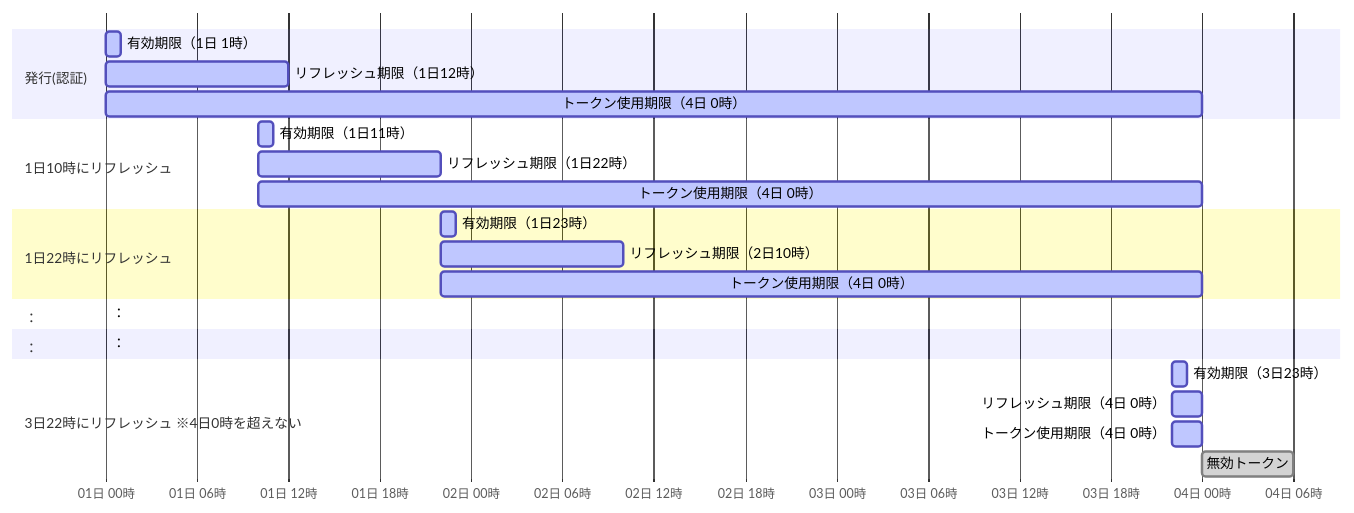
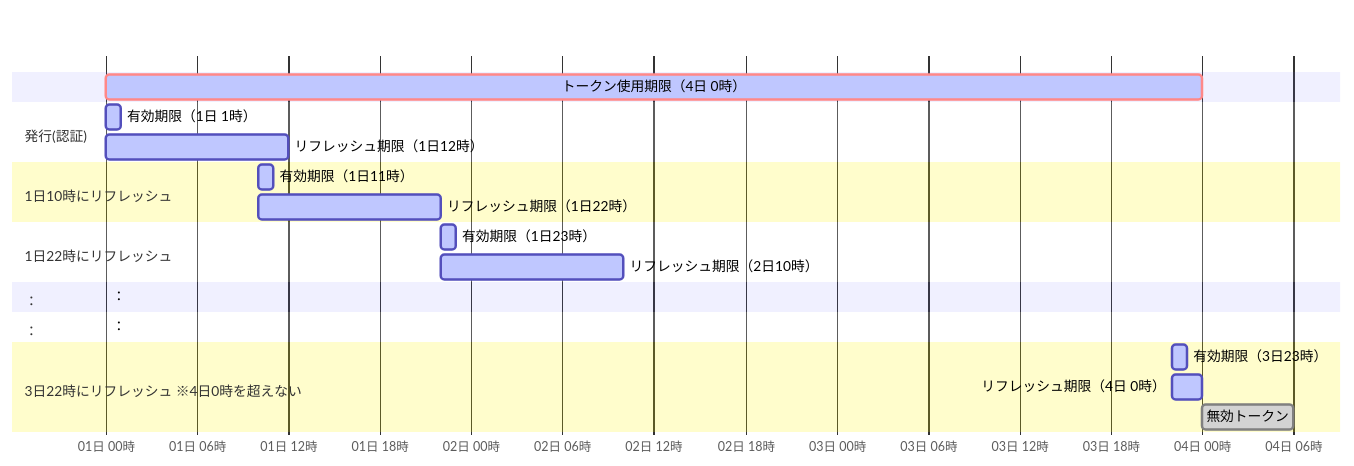
The fourth of 4 diagrams in authentication-manager/docs/authentication_API_specification.md (project-tsurugi/metadata-manager), drawn with Mermaid before and after one commit. The commit also changed other lines of this file, not shown here.

````diff
--- a/authentication-manager/docs/authentication_API_specification.md
+++ b/authentication-manager/docs/authentication_API_specification.md
@@ -1576,29 +1689,27 @@
 ```mermaid
 %%{init:{'themeCSS': ".taskText { fill: black; text-anchor: middle;}"}}%%
 gantt
   dateFormat DD HH:mm
   axisFormat %d日 %H時
   todayMarker off
 
+  section  
+    トークン使用期限（4日 0時） : crit, active, 01 00:00, 04 00:00
   section 発行(認証)
     有効期限（1日 1時） : active, 01 00:00, 1h
     リフレッシュ期限（1日12時） : active, 01 00:00, 12h
-    トークン使用期限（4日 0時） : active, 01 00:00, 04 00:00
   section 1日10時にリフレッシュ
     有効期限（1日11時） : active, 01 10:00, 1h
     リフレッシュ期限（1日22時） : active, 01 10:00, 12h
-    トークン使用期限（4日 0時） : active, 01 10:00, 04 00:00
   section 1日22時にリフレッシュ
     有効期限（1日23時） : active, 01 22:00, 1h
     リフレッシュ期限（2日10時） : active, 01 22:00, 12h
-    トークン使用期限（4日 0時） : active, 01 22:00, 04 00:00
   section ：
     ： : 01 00:00
   section ：  
     ： : 01 00:00
   section 3日22時にリフレッシュ ※4日0時を超えない
     有効期限（3日23時） : active, 03 22:00, 1h
     リフレッシュ期限（4日 0時） : active, 03 22:00, 2h
-    トークン使用期限（4日 0時） : active, 03 22:00, 04 00:00
     無効トークン : done, 04 00:00, 6h
 ```
````
